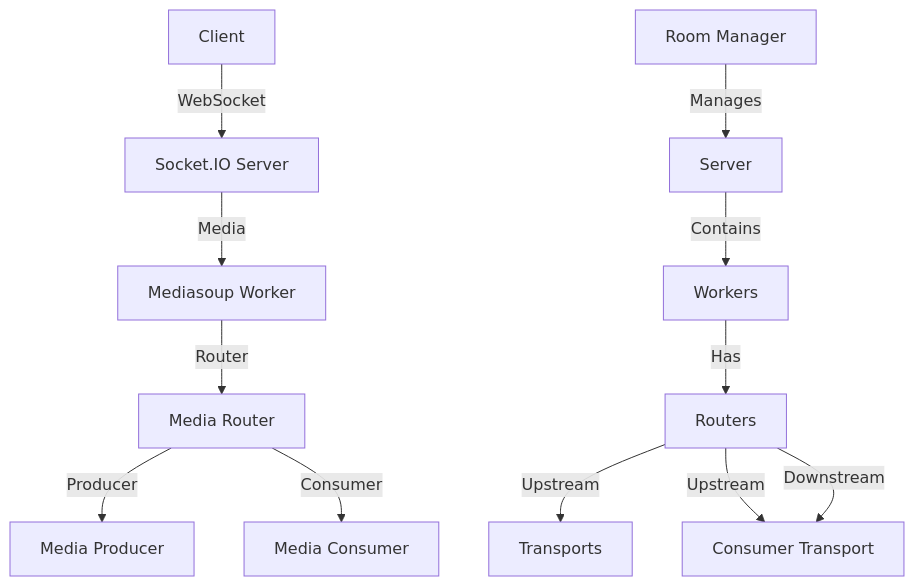
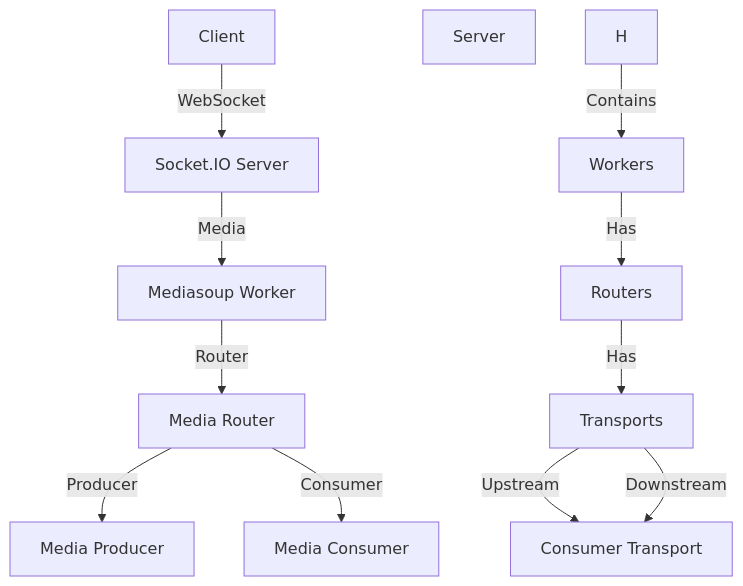
The diagram in README.md (HarshSharma0801/Muxo), drawn with Mermaid before and after one commit.

````diff
--- a/README.md
+++ b/README.md
@@ -9,14 +9,14 @@
 ```mermaid
 graph TD
     A[Client] -->|WebSocket| B[Socket.IO Server]
     B -->|Media| C[Mediasoup Worker]
     C -->|Router| D[Media Router]
     D -->|Producer| E[Media Producer]
     D -->|Consumer| F[Media Consumer]
-    G[Room Manager] -->|Manages| H[Server]
+    G[Server] 
     H -->|Contains| I[Workers]
     I -->|Has| J[Routers]
-    J -->|Upstream| K[Transports]
-    J -->|Upstream| L[Producer Transport]
-    J -->|Downstream| L[Consumer Transport]
+    J -->|Has| K[Transports]
+    K -->|Upstream| L[Producer Transport]
+    K -->|Downstream| L[Consumer Transport]
 ```
````
